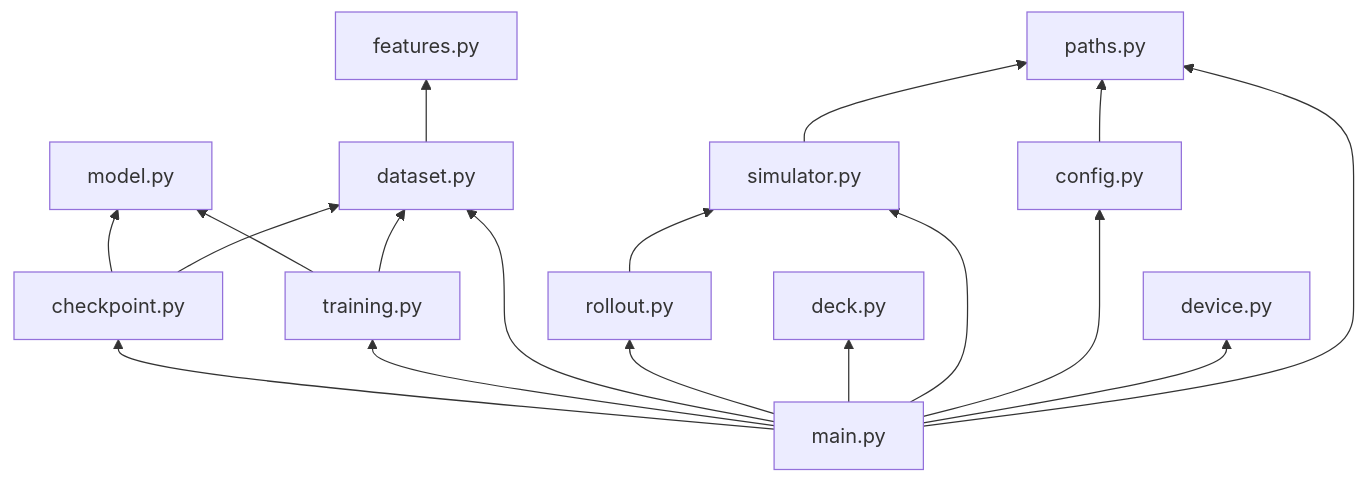
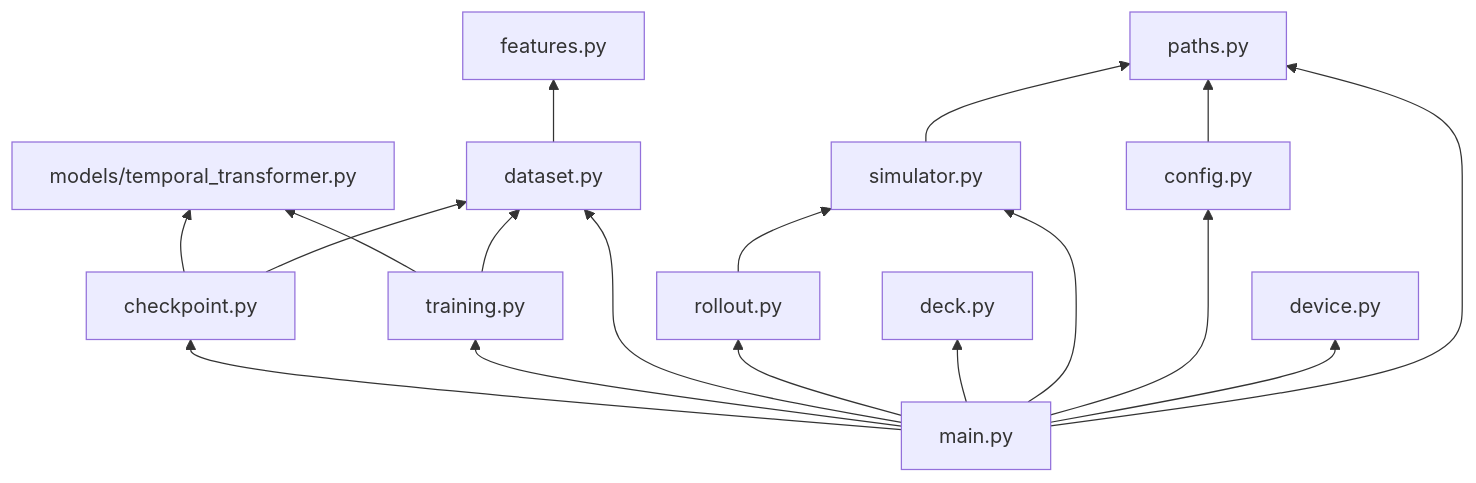
One commit to tim-inzitari/poke-bot-agent changed the diagram in docs/poke-agent-modules.md. Above: the diagram before and after it, drawn with Mermaid. The commit also changed other lines of this file and 9 other files, not shown here.

````diff
--- a/docs/poke-agent-modules.md
+++ b/docs/poke-agent-modules.md
@@ -8,34 +8,34 @@
 ```mermaid
 flowchart BT
     main[main.py]
     checkpoint[checkpoint.py]
     training[training.py]
-    model[model.py]
+    model[models/temporal_transformer.py]
     dataset[dataset.py]
     features[features.py]
     rollout[rollout.py]
     simulator[simulator.py]
     deck[deck.py]
     config[config.py]
     device[device.py]
     paths[paths.py]
 
     main --> checkpoint
     main --> training
     main --> dataset
     main --> rollout
     main --> deck
     main --> simulator
     main --> config
     main --> device
     main --> paths
 
     checkpoint --> model
     checkpoint --> dataset
     training --> model
     training --> dataset
     dataset --> features
     rollout --> simulator
     simulator --> paths
     config --> paths
 ```
````
